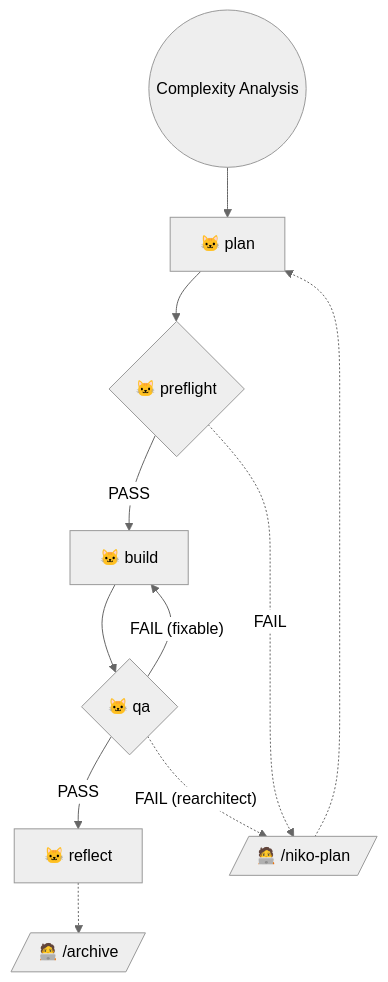
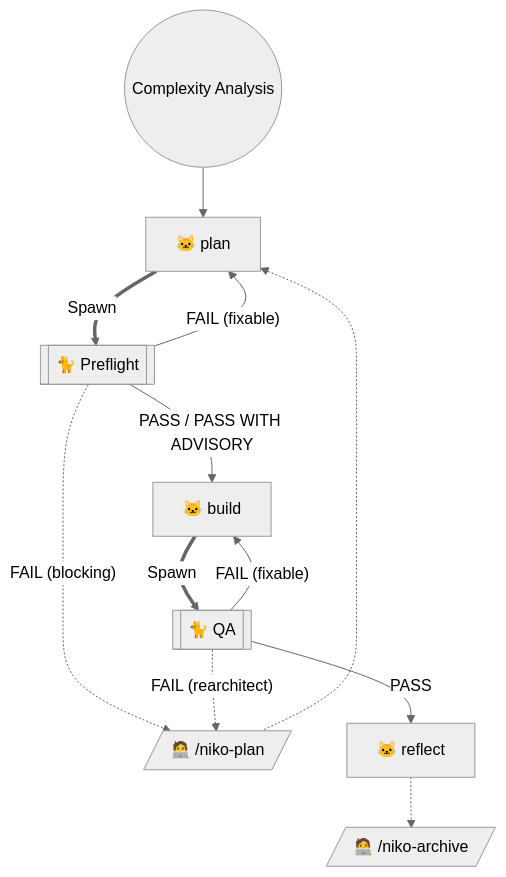
One commit to Texarkanine/stockroom changed the diagram in .cursor/skills/shared/niko/references/level2/level2-workflow.md. Above: the diagram before and after it, drawn with Mermaid (neutral theme). The commit also changed other lines of this file and 17 other files, not shown here.

````diff
--- a/.cursor/skills/shared/niko/references/level2/level2-workflow.md
+++ b/.cursor/skills/shared/niko/references/level2/level2-workflow.md
@@ -9,15 +9,16 @@
 ```mermaid
 graph TD
     Start(("Complexity Analysis")) --> NikoPlan["🐱 plan"]
-    NikoPlan --> NikoPreflight{"🐱 preflight"}
-    NikoPreflight -->|"PASS"| NikoBuild["🐱 build"]
-    NikoPreflight -.->|"FAIL"| ManualPlan[/"🧑‍💻 /niko-plan"/]
+    NikoPlan ==Spawn==> NikoPreflight[["🐈 Preflight"]]
+    NikoPreflight -->|"PASS / PASS WITH ADVISORY"| NikoBuild["🐱 build"]
+    NikoPreflight -->|"FAIL (fixable)"| NikoPlan
+    NikoPreflight -.->|"FAIL (blocking)"| ManualPlan[/"🧑‍💻 /niko-plan"/]
 
-    NikoBuild --> NikoQA{"🐱 qa"}
+    NikoBuild ==Spawn==> NikoQA[["🐈 QA"]]
     NikoQA -->|"PASS"| NikoReflect["🐱 reflect"]
-    NikoReflect -.-> ManualArchive[/"🧑‍💻 /archive"/]
+    NikoReflect -.-> ManualArchive[/"🧑‍💻 /niko-archive"/]
     NikoQA -->|"FAIL (fixable)"| NikoBuild
     NikoQA -.->|"FAIL (rearchitect)"| ManualPlan
 
     ManualPlan -.-> NikoPlan
 ```
````
